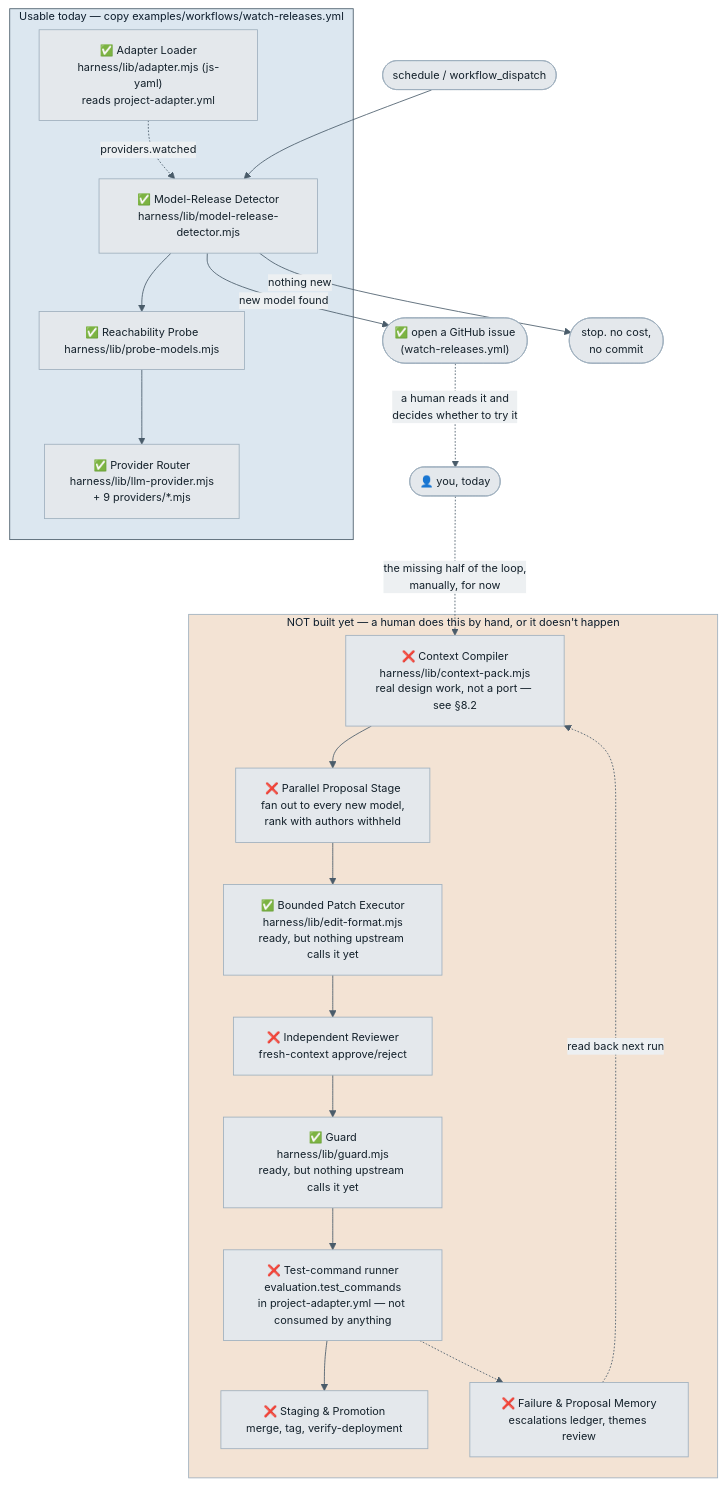
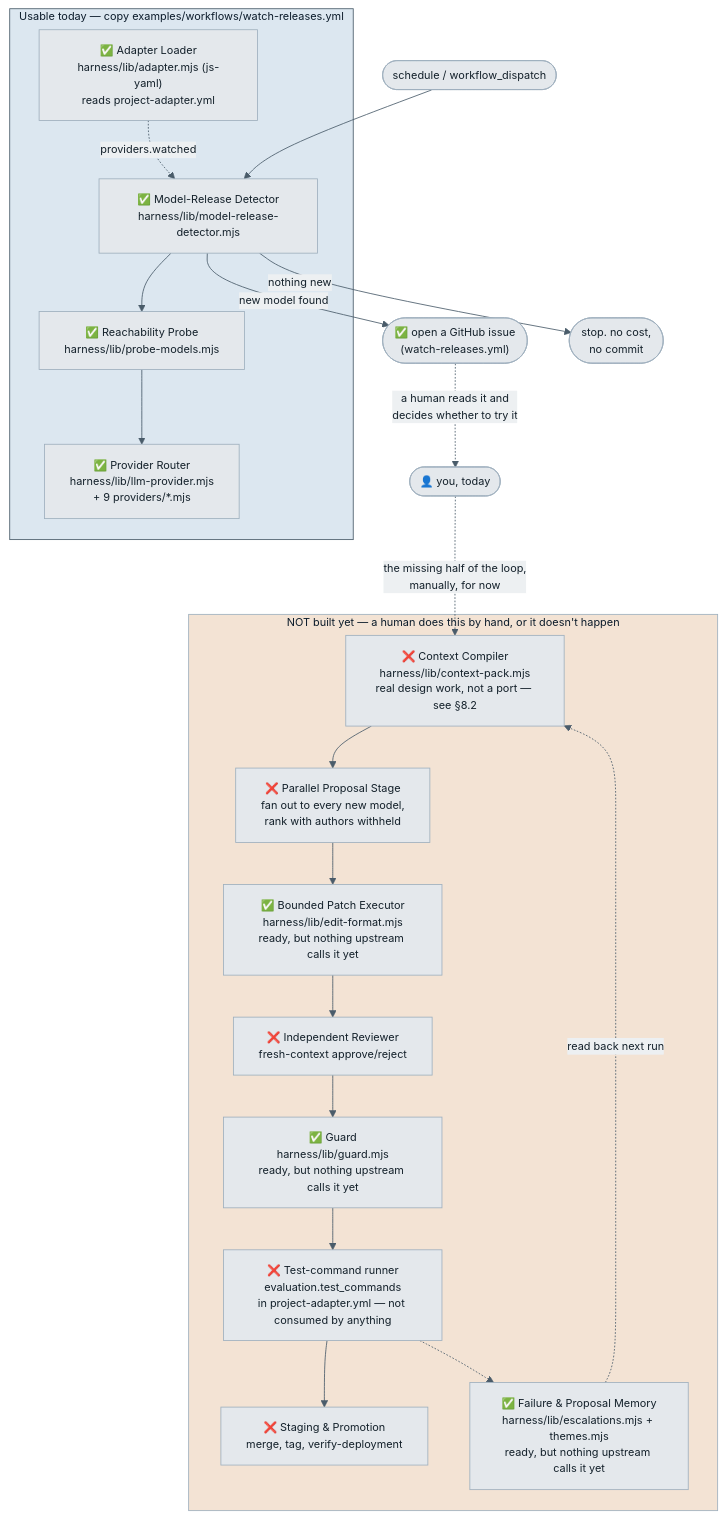
Before and after one commit to Chrisfoz/self-optimisation: the first of 2 diagrams in ARCHITECTURE.md, drawn with Mermaid. The commit also changed other lines of this file and 12 other files, not shown here.

````diff
--- a/ARCHITECTURE.md
+++ b/ARCHITECTURE.md
@@ -20,41 +20,41 @@
 ```mermaid
 %%{init: {"theme":"base","themeVariables":{"fontSize":"13px","primaryColor":"#E4E8EC","primaryTextColor":"#14212B","primaryBorderColor":"#9FB0BE","lineColor":"#4A5C6A","secondaryColor":"#DCE7F0","tertiaryColor":"#F3E3D4","clusterBkg":"#F6F8F9","clusterBorder":"#9FB0BE","edgeLabelBackground":"#EDF0F2","textColor":"#14212B"}}}%%
 flowchart TD
   cron(["schedule / workflow_dispatch"]) --> detector
 
   subgraph today["Usable today — copy examples/workflows/watch-releases.yml"]
     detector["✅ Model-Release Detector<br/>harness/lib/model-release-detector.mjs"]
     probe["✅ Reachability Probe<br/>harness/lib/probe-models.mjs"]
     adapter["✅ Adapter Loader<br/>harness/lib/adapter.mjs (js-yaml)<br/>reads project-adapter.yml"]
     router["✅ Provider Router<br/>harness/lib/llm-provider.mjs<br/>+ 9 providers/*.mjs"]
 
     adapter -.->|"providers.watched"| detector
     detector --> probe
     probe --> router
   end
 
   detector -->|"new model found"| issue(["✅ open a GitHub issue<br/>(watch-releases.yml)"])
   detector -->|"nothing new"| idle(["stop. no cost,<br/>no commit"])
 
   issue -.->|"a human reads it and<br/>decides whether to try it"| human(["👤 you, today"])
 
   subgraph missing["NOT built yet — a human does this by hand, or it doesn't happen"]
     context["❌ Context Compiler<br/>harness/lib/context-pack.mjs<br/>real design work, not a port — see §8.2"]
     executor["✅ Bounded Patch Executor<br/>harness/lib/edit-format.mjs<br/>ready, but nothing upstream calls it yet"]
     propose["❌ Parallel Proposal Stage<br/>fan out to every new model,<br/>rank with authors withheld"]
     reviewer["❌ Independent Reviewer<br/>fresh-context approve/reject"]
     guard["✅ Guard<br/>harness/lib/guard.mjs<br/>ready, but nothing upstream calls it yet"]
     testrunner["❌ Test-command runner<br/>evaluation.test_commands<br/>in project-adapter.yml — not consumed by anything"]
-    memory["❌ Failure & Proposal Memory<br/>escalations ledger, themes review"]
+    memory["✅ Failure & Proposal Memory<br/>harness/lib/escalations.mjs + themes.mjs<br/>ready, but nothing upstream calls it yet"]
     promote["❌ Staging & Promotion<br/>merge, tag, verify-deployment"]
 
     context --> propose --> executor --> reviewer --> guard --> testrunner --> promote
     memory -.->|"read back next run"| context
     testrunner -.-> memory
   end
 
   human -.->|"the missing half of the loop,<br/>manually, for now"| context
 
   style today fill:#DCE7F0,stroke:#4A5C6A
   style missing fill:#F3E3D4,stroke:#9FB0BE
 ```
````
